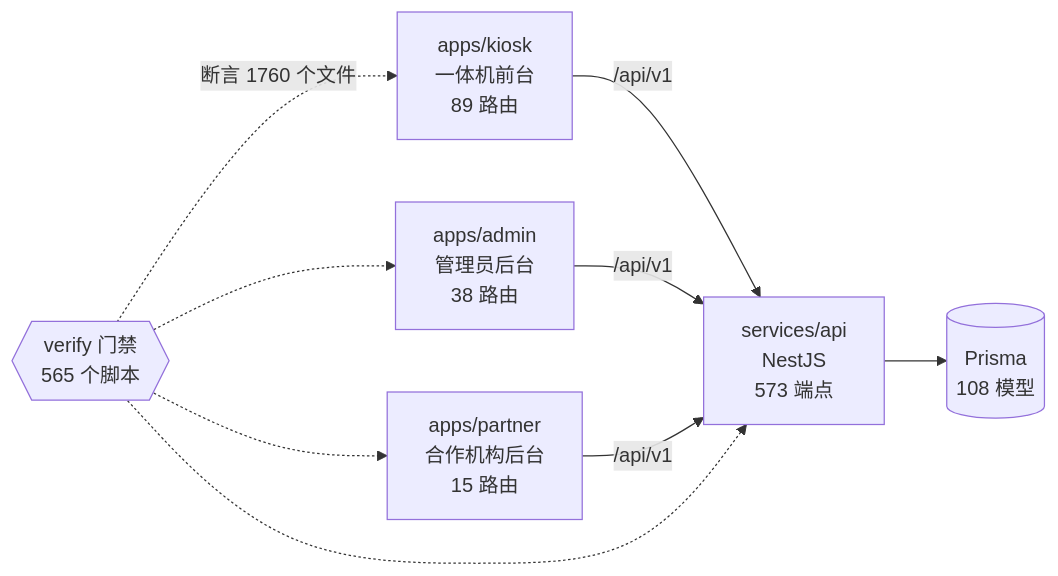
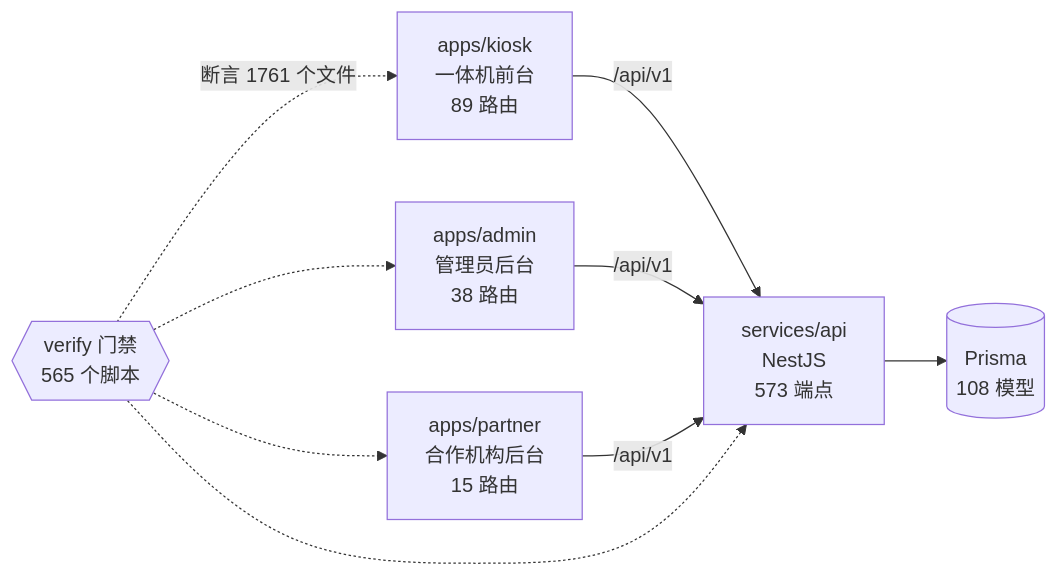
Before and after one commit to wanglei581/YITIJI: the diagram in docs/graph/README.md, drawn with Mermaid. The commit also changed other lines of this file and 2 other files, not shown here.

Commit message:
chore(graph): 并入候选后重生图谱

````diff
--- a/docs/graph/README.md
+++ b/docs/graph/README.md
@@ -68,18 +68,18 @@
 ```mermaid
 flowchart LR
   kiosk["apps/kiosk<br/>一体机前台<br/>89 路由"]
   admin["apps/admin<br/>管理员后台<br/>38 路由"]
   partner["apps/partner<br/>合作机构后台<br/>15 路由"]
   api["services/api<br/>NestJS<br/>573 端点"]
   db[("Prisma<br/>108 模型")]
   gates{{"verify 门禁<br/>565 个脚本"}}
 
   kiosk -->|"/api/v1"| api
   admin -->|"/api/v1"| api
   partner -->|"/api/v1"| api
   api --> db
-  gates -.->|"断言 1760 个文件"| kiosk
+  gates -.->|"断言 1761 个文件"| kiosk
   gates -.-> admin
   gates -.-> partner
   gates -.-> api
 ```
````
